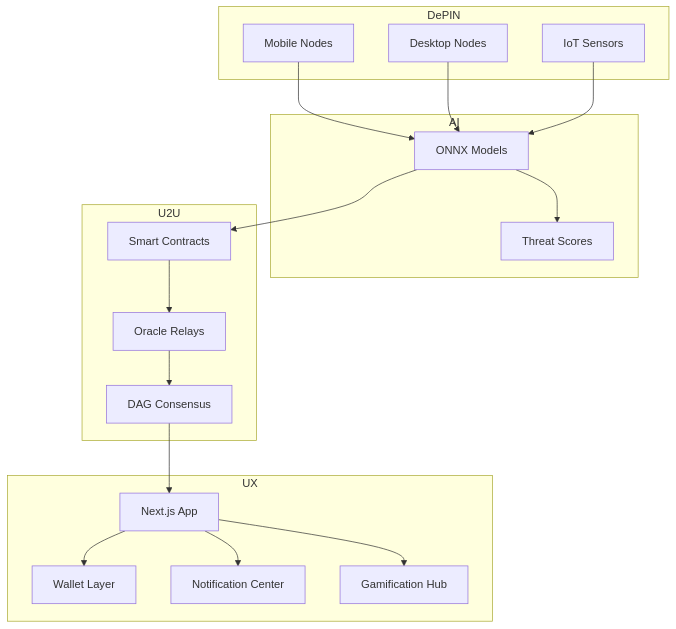
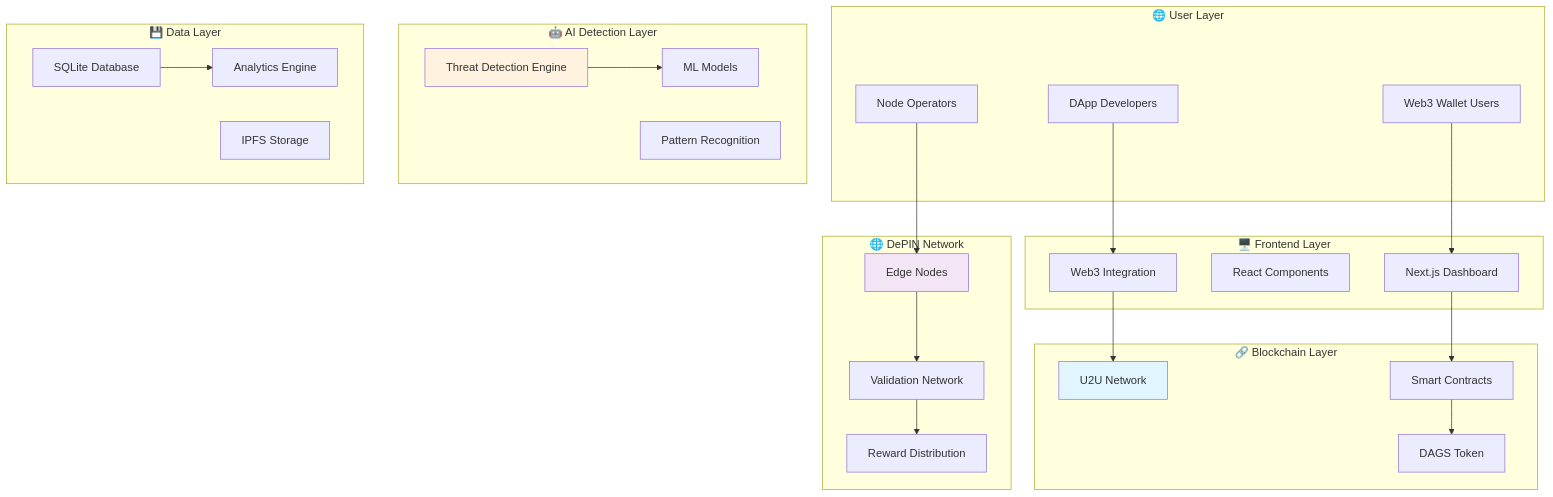
One commit to Aaditya1273/DAGShield changed the second of 6 diagrams in README.md. Above: the diagram before and after it, drawn with Mermaid. The commit also changed other lines of this file, not shown here.

````diff
--- a/README.md
+++ b/README.md
@@ -52,25 +144,53 @@
 ```mermaid
-graph TD
-    subgraph UX
-        A[Next.js App] --> B[Wallet Layer]
-        A --> C[Notification Center]
-        A --> D[Gamification Hub]
+graph TB
+    subgraph "🌐 User Layer"
+        A[Web3 Wallet Users]
+        B[DApp Developers]
+        C[Node Operators]
     end
-    subgraph DePIN
-        E[Mobile Nodes]
-        F[Desktop Nodes]
-        G[IoT Sensors]
+    
+    subgraph "🖥️ Frontend Layer"
+        D[Next.js Dashboard]
+        E[React Components]
+        F[Web3 Integration]
     end
-    subgraph AI
-        H[ONNX Models] --> I[Threat Scores]
+    
+    subgraph "🔗 Blockchain Layer"
+        G[U2U Network]
+        H[Smart Contracts]
+        I[DAGS Token]
     end
-    subgraph U2U
-        J[Smart Contracts]
-        K[Oracle Relays]
-        L[DAG Consensus]
+    
+    subgraph "🤖 AI Detection Layer"
+        J[Threat Detection Engine]
+        K[ML Models]
+        L[Pattern Recognition]
     end
-    E & F & G --> H
-    H --> J
-    J --> K --> L
-    L --> A
+    
+    subgraph "🌐 DePIN Network"
+        M[Edge Nodes]
+        N[Validation Network]
+        O[Reward Distribution]
+    end
+    
+    subgraph "💾 Data Layer"
+        P[SQLite Database]
+        Q[IPFS Storage]
+        R[Analytics Engine]
+    end
+    
+    A --> D
+    B --> F
+    C --> M
+    D --> H
+    F --> G
+    H --> I
+    J --> K
+    M --> N
+    N --> O
+    P --> R
+    
+    style G fill:#e1f5fe
+    style J fill:#fff3e0
+    style M fill:#f3e5f5
 ```
````
